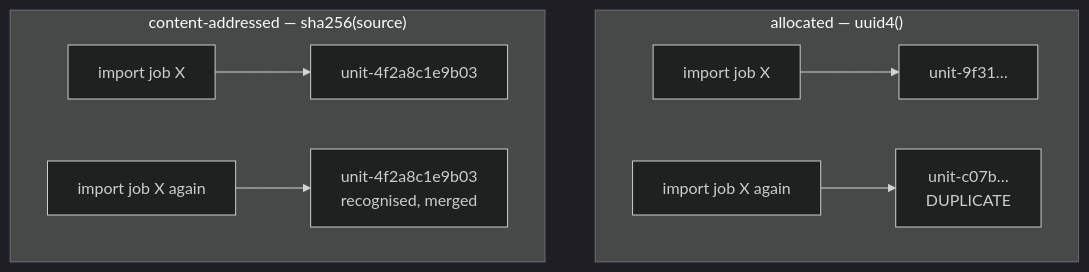
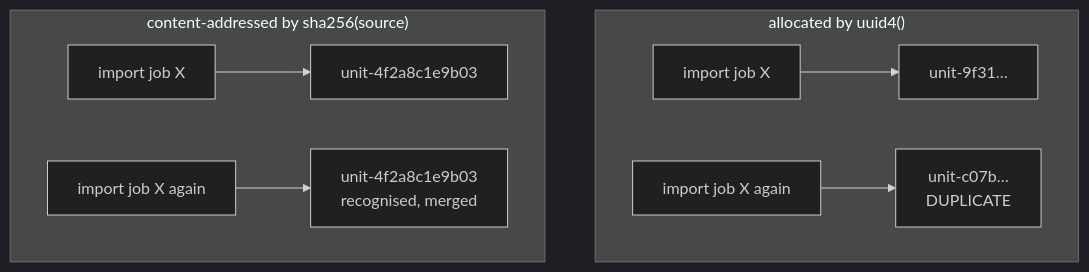
Before and after one commit to jennarbates/StratigraphyGenerator: the diagram in docs/cs/content-addressed-identifiers.md, drawn with Mermaid (dark theme). The commit also changed other lines of this file and 309 other files, not shown here.

````diff
--- a/docs/cs/content-addressed-identifiers.md
+++ b/docs/cs/content-addressed-identifiers.md
@@ -47,11 +47,11 @@
 ```mermaid
 flowchart TB
-  subgraph alloc["allocated — uuid4()"]
+  subgraph alloc["allocated by uuid4()"]
     A1["import job X"] --> A2["unit-9f31…"]
     A3["import job X again"] --> A4["unit-c07b…<br/>DUPLICATE"]
   end
-  subgraph content["content-addressed — sha256(source)"]
+  subgraph content["content-addressed by sha256(source)"]
     B1["import job X"] --> B2["unit-4f2a8c1e9b03"]
     B3["import job X again"] --> B4["unit-4f2a8c1e9b03<br/>recognised, merged"]
   end
 ```
````
